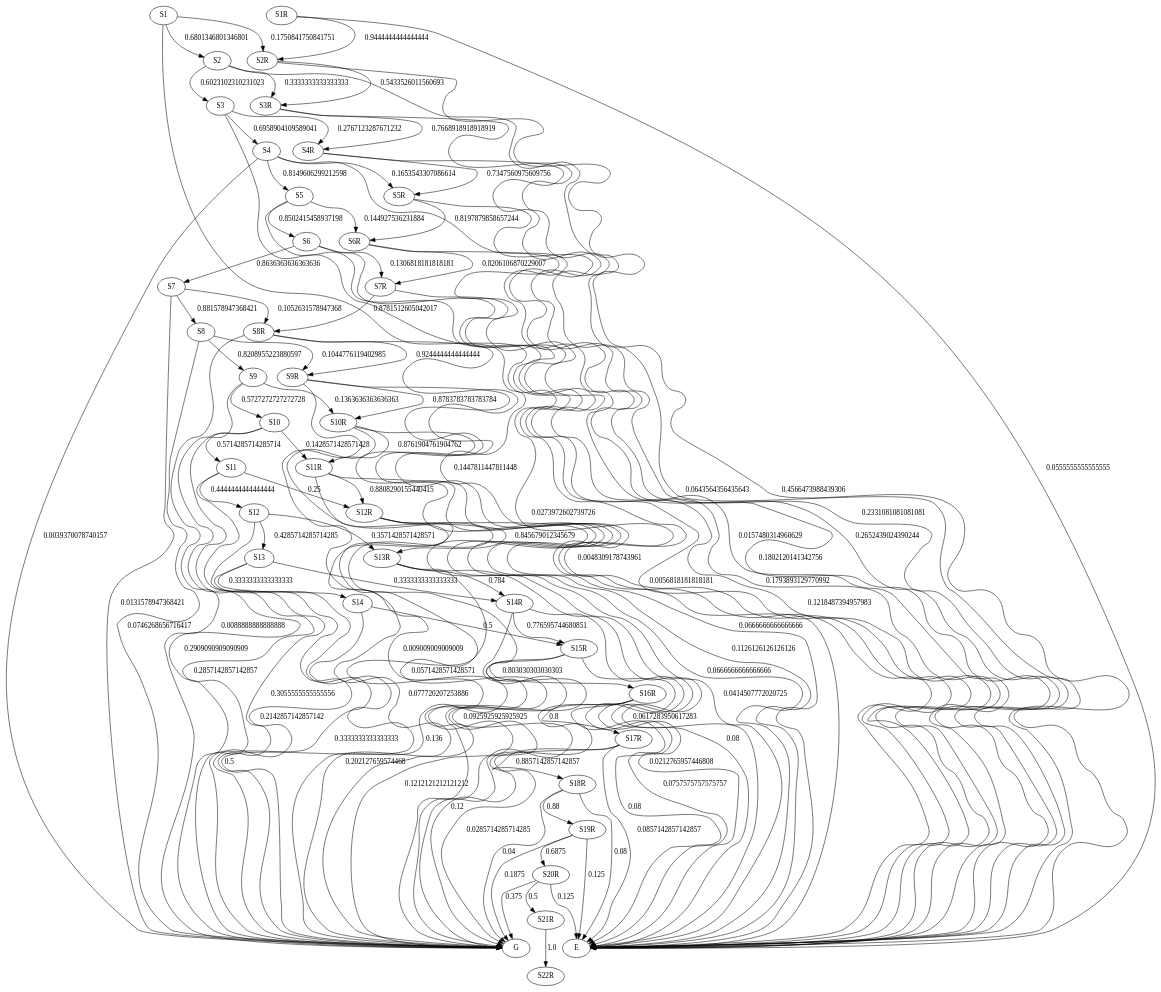
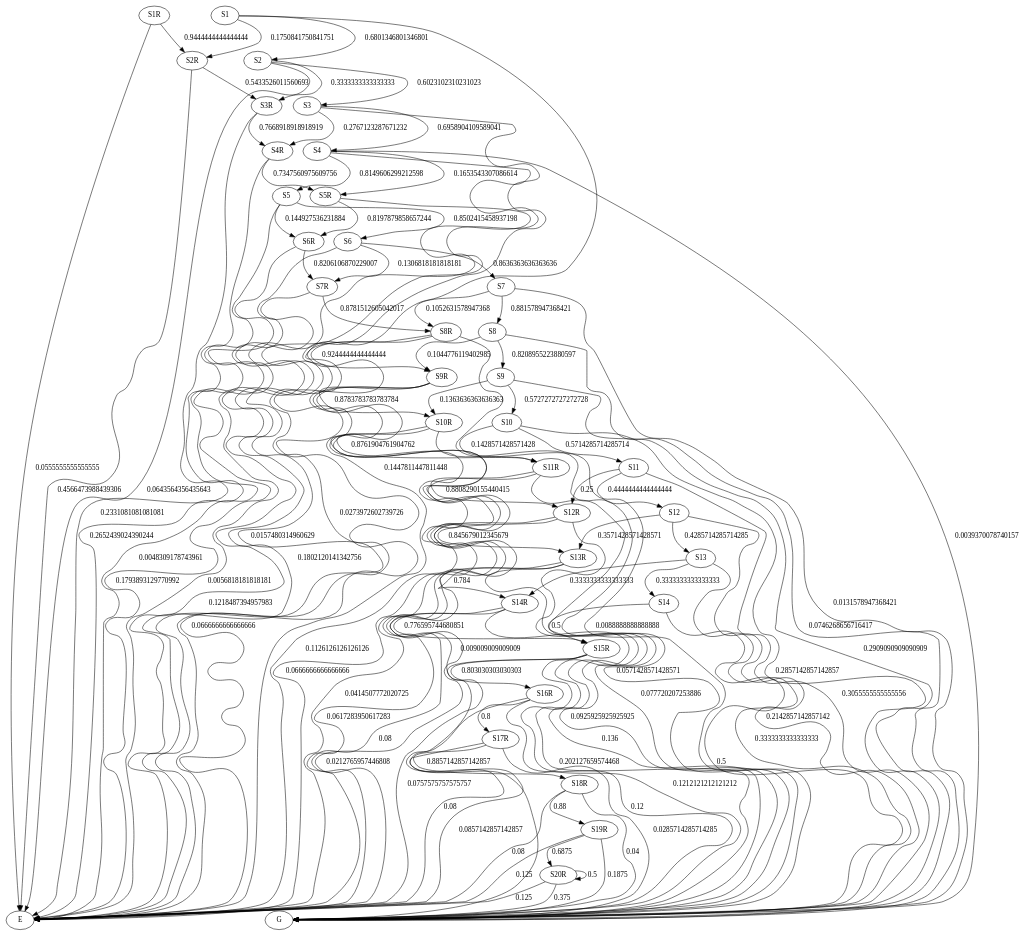
The diagram in graph/markov.dot (JulianaFerreira/educacao), drawn with Graphviz before and after one commit. The commit also changed 35 other files, not shown here.

```diff
--- a/graph/markov.dot
+++ b/graph/markov.dot
@@ -1,136 +1,133 @@
 digraph  {
 S1;
 S2;
 S3;
 S4;
 S5;
 S6;
 S7;
 S8;
 S9;
 S10;
 S11;
 S12;
 S13;
 S14;
 S2R;
 S1R;
 S3R;
 S4R;
 S5R;
 S6R;
 S7R;
 S8R;
 S9R;
 S10R;
 S11R;
 S12R;
 S13R;
 S14R;
 S15R;
 S16R;
 S17R;
 S18R;
 S19R;
 S20R;
-S21R;
-S22R;
 E;
 G;
 S1 -> S2  [key=0, label="0.6801346801346801", weight="0.6801346801346801"];
 S1 -> S2R  [key=0, label="0.1750841750841751", weight="0.1750841750841751"];
 S1 -> E  [key=0, label="0.1447811447811448", weight="0.1447811447811448"];
 S2 -> S3  [key=0, label="0.6023102310231023", weight="0.6023102310231023"];
 S2 -> S3R  [key=0, label="0.3333333333333333", weight="0.3333333333333333"];
 S2 -> E  [key=0, label="0.0643564356435643", weight="0.0643564356435643"];
 S3 -> S4  [key=0, label="0.6958904109589041", weight="0.6958904109589041"];
 S3 -> S4R  [key=0, label="0.2767123287671232", weight="0.2767123287671232"];
 S3 -> E  [key=0, label="0.0273972602739726", weight="0.0273972602739726"];
 S4 -> S5  [key=0, label="0.8149606299212598", weight="0.8149606299212598"];
 S4 -> S5R  [key=0, label="0.1653543307086614", weight="0.1653543307086614"];
 S4 -> E  [key=0, label="0.0157480314960629", weight="0.0157480314960629"];
 S4 -> G  [key=0, label="0.0039370078740157", weight="0.0039370078740157"];
 S5 -> S6  [key=0, label="0.8502415458937198", weight="0.8502415458937198"];
 S5 -> S6R  [key=0, label="0.144927536231884", weight="0.144927536231884"];
 S5 -> E  [key=0, label="0.0048309178743961", weight="0.0048309178743961"];
 S6 -> S7  [key=0, label="0.8636363636363636", weight="0.8636363636363636"];
 S6 -> S7R  [key=0, label="0.1306818181818181", weight="0.1306818181818181"];
 S6 -> E  [key=0, label="0.0056818181818181", weight="0.0056818181818181"];
 S7 -> S8  [key=0, label="0.881578947368421", weight="0.881578947368421"];
 S7 -> S8R  [key=0, label="0.1052631578947368", weight="0.1052631578947368"];
 S7 -> G  [key=0, label="0.0131578947368421", weight="0.0131578947368421"];
 S8 -> S9  [key=0, label="0.8208955223880597", weight="0.8208955223880597"];
 S8 -> S9R  [key=0, label="0.1044776119402985", weight="0.1044776119402985"];
 S8 -> G  [key=0, label="0.0746268656716417", weight="0.0746268656716417"];
 S9 -> S10  [key=0, label="0.5727272727272728", weight="0.5727272727272728"];
 S9 -> S10R  [key=0, label="0.1363636363636363", weight="0.1363636363636363"];
 S9 -> G  [key=0, label="0.2909090909090909", weight="0.2909090909090909"];
 S10 -> S11  [key=0, label="0.5714285714285714", weight="0.5714285714285714"];
 S10 -> S11R  [key=0, label="0.1428571428571428", weight="0.1428571428571428"];
 S10 -> G  [key=0, label="0.2857142857142857", weight="0.2857142857142857"];
 S11 -> S12  [key=0, label="0.4444444444444444", weight="0.4444444444444444"];
 S11 -> S12R  [key=0, label="0.25", weight="0.25"];
 S11 -> G  [key=0, label="0.3055555555555556", weight="0.3055555555555556"];
 S12 -> S13  [key=0, label="0.4285714285714285", weight="0.4285714285714285"];
 S12 -> S13R  [key=0, label="0.3571428571428571", weight="0.3571428571428571"];
 S12 -> G  [key=0, label="0.2142857142857142", weight="0.2142857142857142"];
 S13 -> S14  [key=0, label="0.3333333333333333", weight="0.3333333333333333"];
 S13 -> S14R  [key=0, label="0.3333333333333333", weight="0.3333333333333333"];
 S13 -> G  [key=0, label="0.3333333333333333", weight="0.3333333333333333"];
 S14 -> S15R  [key=0, label="0.5", weight="0.5"];
 S14 -> G  [key=0, label="0.5", weight="0.5"];
 S2R -> S3R  [key=0, label="0.5433526011560693", weight="0.5433526011560693"];
 S2R -> E  [key=0, label="0.4566473988439306", weight="0.4566473988439306"];
 S1R -> S2R  [key=0, label="0.9444444444444444", weight="0.9444444444444444"];
 S1R -> E  [key=0, label="0.0555555555555555", weight="0.0555555555555555"];
 S3R -> S4R  [key=0, label="0.7668918918918919", weight="0.7668918918918919"];
 S3R -> E  [key=0, label="0.2331081081081081", weight="0.2331081081081081"];
 S4R -> S5R  [key=0, label="0.7347560975609756", weight="0.7347560975609756"];
 S4R -> E  [key=0, label="0.2652439024390244", weight="0.2652439024390244"];
 S5R -> S6R  [key=0, label="0.8197879858657244", weight="0.8197879858657244"];
 S5R -> E  [key=0, label="0.1802120141342756", weight="0.1802120141342756"];
 S6R -> S7R  [key=0, label="0.8206106870229007", weight="0.8206106870229007"];
 S6R -> E  [key=0, label="0.1793893129770992", weight="0.1793893129770992"];
 S7R -> S8R  [key=0, label="0.8781512605042017", weight="0.8781512605042017"];
 S7R -> E  [key=0, label="0.1218487394957983", weight="0.1218487394957983"];
 S8R -> S9R  [key=0, label="0.9244444444444444", weight="0.9244444444444444"];
 S8R -> E  [key=0, label="0.0666666666666666", weight="0.0666666666666666"];
 S8R -> G  [key=0, label="0.0088888888888888", weight="0.0088888888888888"];
 S9R -> S10R  [key=0, label="0.8783783783783784", weight="0.8783783783783784"];
 S9R -> E  [key=0, label="0.1126126126126126", weight="0.1126126126126126"];
 S9R -> G  [key=0, label="0.009009009009009", weight="0.009009009009009"];
 S10R -> S11R  [key=0, label="0.8761904761904762", weight="0.8761904761904762"];
 S10R -> E  [key=0, label="0.0666666666666666", weight="0.0666666666666666"];
 S10R -> G  [key=0, label="0.0571428571428571", weight="0.0571428571428571"];
 S11R -> S12R  [key=0, label="0.8808290155440415", weight="0.8808290155440415"];
 S11R -> E  [key=0, label="0.0414507772020725", weight="0.0414507772020725"];
 S11R -> G  [key=0, label="0.077720207253886", weight="0.077720207253886"];
 S12R -> S13R  [key=0, label="0.845679012345679", weight="0.845679012345679"];
 S12R -> E  [key=0, label="0.0617283950617283", weight="0.0617283950617283"];
 S12R -> G  [key=0, label="0.0925925925925925", weight="0.0925925925925925"];
 S13R -> S14R  [key=0, label="0.784", weight="0.784"];
 S13R -> E  [key=0, label="0.08", weight="0.08"];
 S13R -> G  [key=0, label="0.136", weight="0.136"];
 S14R -> S15R  [key=0, label="0.776595744680851", weight="0.776595744680851"];
 S14R -> E  [key=0, label="0.0212765957446808", weight="0.0212765957446808"];
 S14R -> G  [key=0, label="0.202127659574468", weight="0.202127659574468"];
 S15R -> S16R  [key=0, label="0.803030303030303", weight="0.803030303030303"];
 S15R -> E  [key=0, label="0.0757575757575757", weight="0.0757575757575757"];
 S15R -> G  [key=0, label="0.1212121212121212", weight="0.1212121212121212"];
 S16R -> S17R  [key=0, label="0.8", weight="0.8"];
 S16R -> E  [key=0, label="0.08", weight="0.08"];
 S16R -> G  [key=0, label="0.12", weight="0.12"];
 S17R -> S18R  [key=0, label="0.8857142857142857", weight="0.8857142857142857"];
 S17R -> E  [key=0, label="0.0857142857142857", weight="0.0857142857142857"];
 S17R -> G  [key=0, label="0.0285714285714285", weight="0.0285714285714285"];
 S18R -> S19R  [key=0, label="0.88", weight="0.88"];
 S18R -> E  [key=0, label="0.08", weight="0.08"];
 S18R -> G  [key=0, label="0.04", weight="0.04"];
 S19R -> S20R  [key=0, label="0.6875", weight="0.6875"];
 S19R -> E  [key=0, label="0.125", weight="0.125"];
 S19R -> G  [key=0, label="0.1875", weight="0.1875"];
-S20R -> S21R  [key=0, label="0.5", weight="0.5"];
+S20R -> S20R  [key=0, label="0.5", weight="0.5"];
 S20R -> E  [key=0, label="0.125", weight="0.125"];
 S20R -> G  [key=0, label="0.375", weight="0.375"];
-S21R -> S22R  [key=0, label="1.0", weight="1.0"];
 }
```
